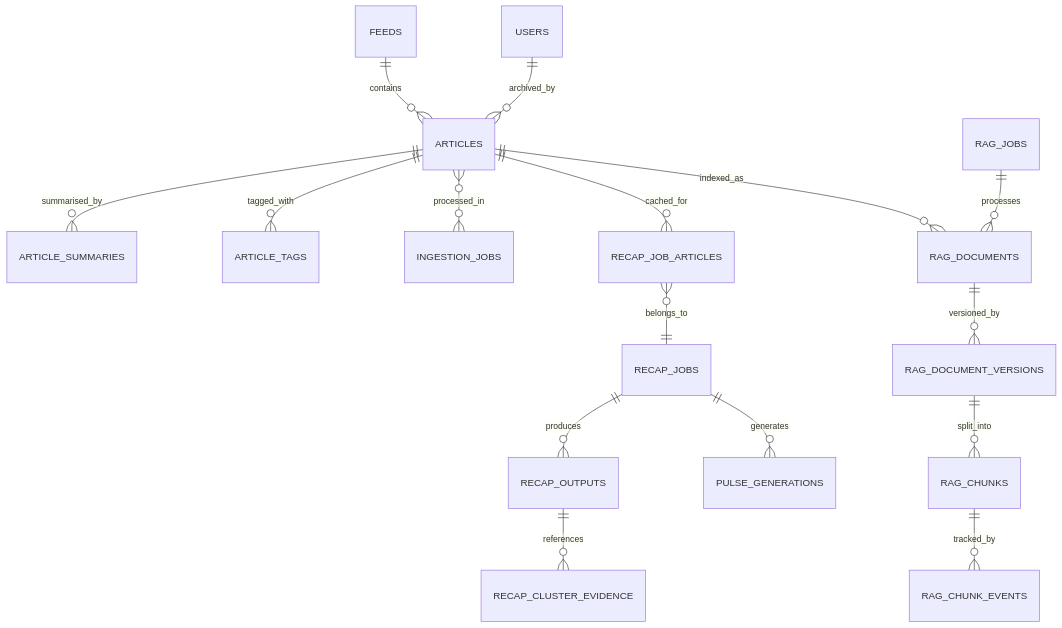
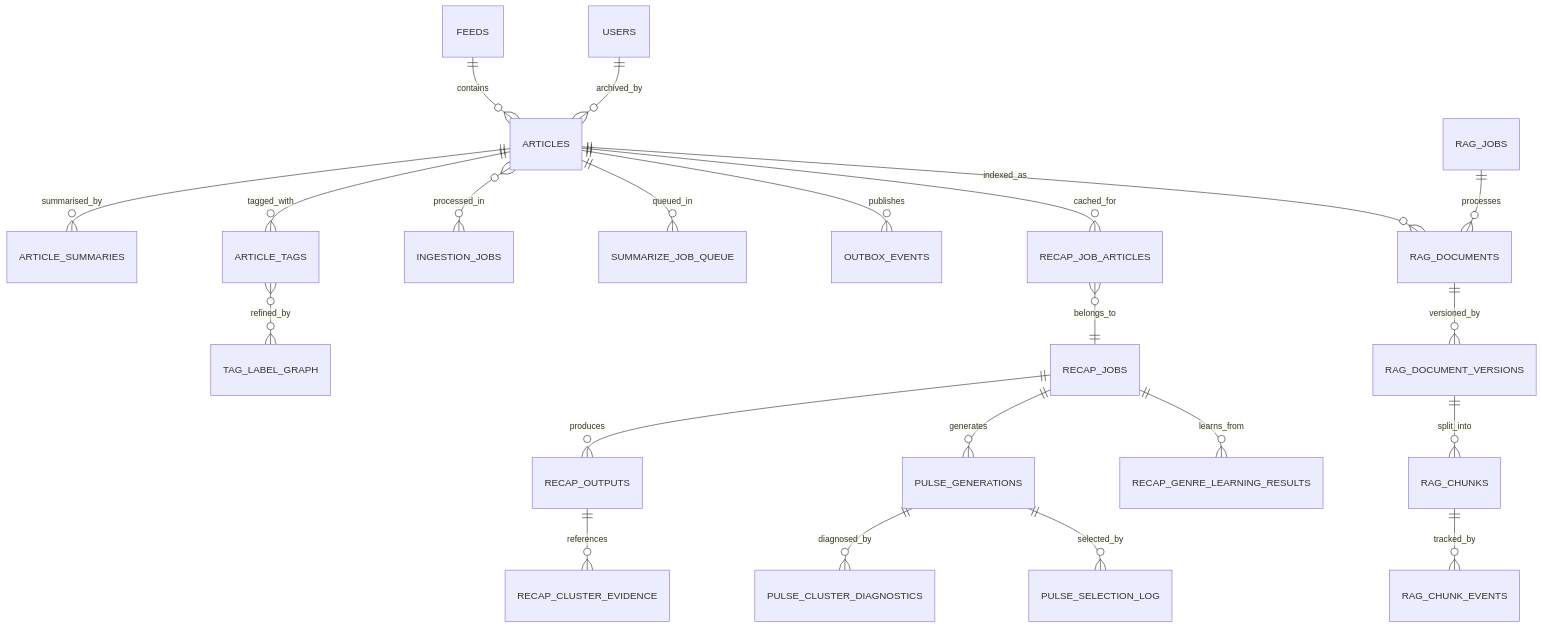
Diagram 12 of 12 in README.md (Kaikei-e/Alt), drawn with Mermaid before and after one commit. The commit also changed other lines of this file, not shown here.

First line of the commit message:
docs(architecture): update README with new service components and flow adjustments

````diff
--- a/README.md
+++ b/README.md
@@ -921,19 +984,27 @@
 ```mermaid
 erDiagram
     FEEDS ||--o{ ARTICLES : contains
     ARTICLES ||--o{ ARTICLE_SUMMARIES : summarised_by
     ARTICLES ||--o{ ARTICLE_TAGS : tagged_with
     ARTICLES }o--o{ INGESTION_JOBS : processed_in
     USERS ||--o{ ARTICLES : archived_by
+    ARTICLES ||--o{ SUMMARIZE_JOB_QUEUE : queued_in
+    ARTICLES ||--o{ OUTBOX_EVENTS : publishes
+
+    ARTICLE_TAGS }o--o{ TAG_LABEL_GRAPH : refined_by
+
     ARTICLES ||--o{ RECAP_JOB_ARTICLES : cached_for
     RECAP_JOB_ARTICLES }o--|| RECAP_JOBS : belongs_to
     RECAP_JOBS ||--o{ RECAP_OUTPUTS : produces
     RECAP_OUTPUTS ||--o{ RECAP_CLUSTER_EVIDENCE : references
     RECAP_JOBS ||--o{ PULSE_GENERATIONS : generates
+    RECAP_JOBS ||--o{ RECAP_GENRE_LEARNING_RESULTS : learns_from
+    PULSE_GENERATIONS ||--o{ PULSE_CLUSTER_DIAGNOSTICS : diagnosed_by
+    PULSE_GENERATIONS ||--o{ PULSE_SELECTION_LOG : selected_by
 
     ARTICLES ||--o{ RAG_DOCUMENTS : indexed_as
     RAG_DOCUMENTS ||--o{ RAG_DOCUMENT_VERSIONS : versioned_by
     RAG_DOCUMENT_VERSIONS ||--o{ RAG_CHUNKS : split_into
     RAG_CHUNKS ||--o{ RAG_CHUNK_EVENTS : tracked_by
     RAG_JOBS ||--o{ RAG_DOCUMENTS : processes
 ```
````
